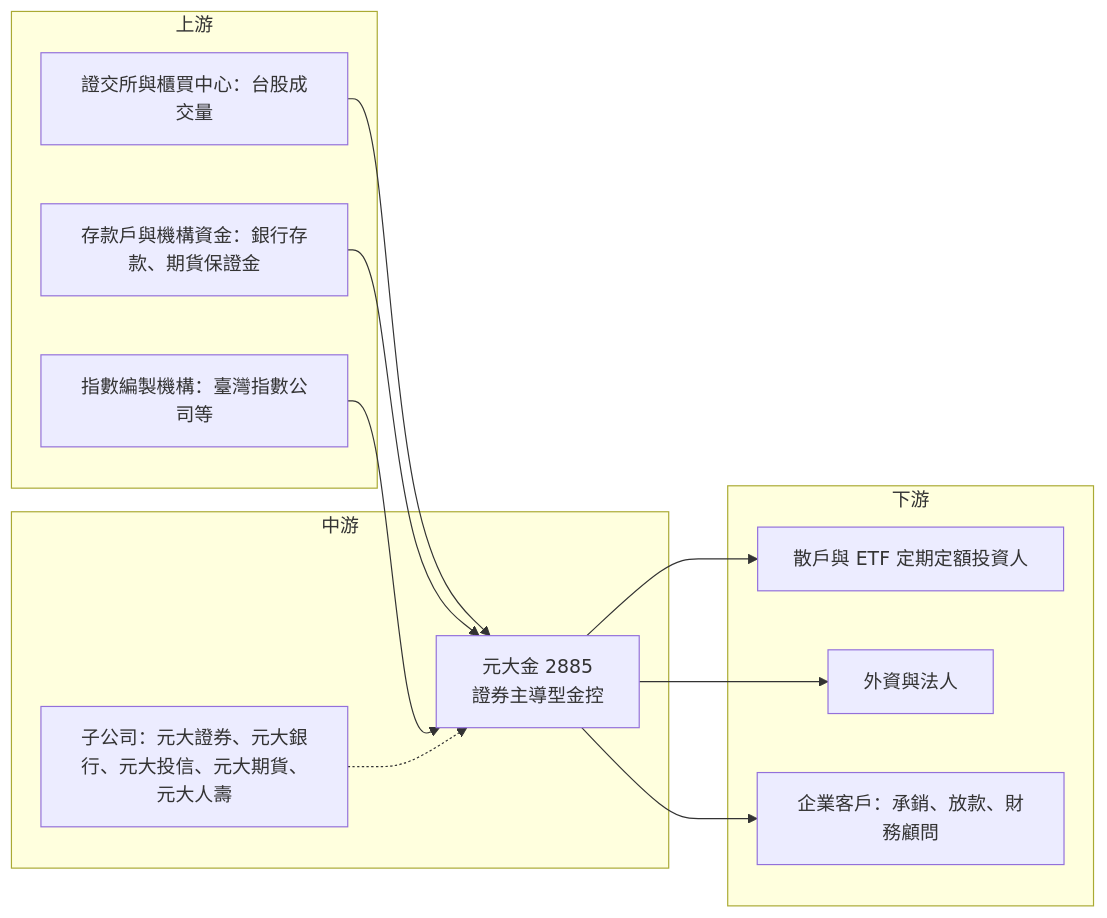
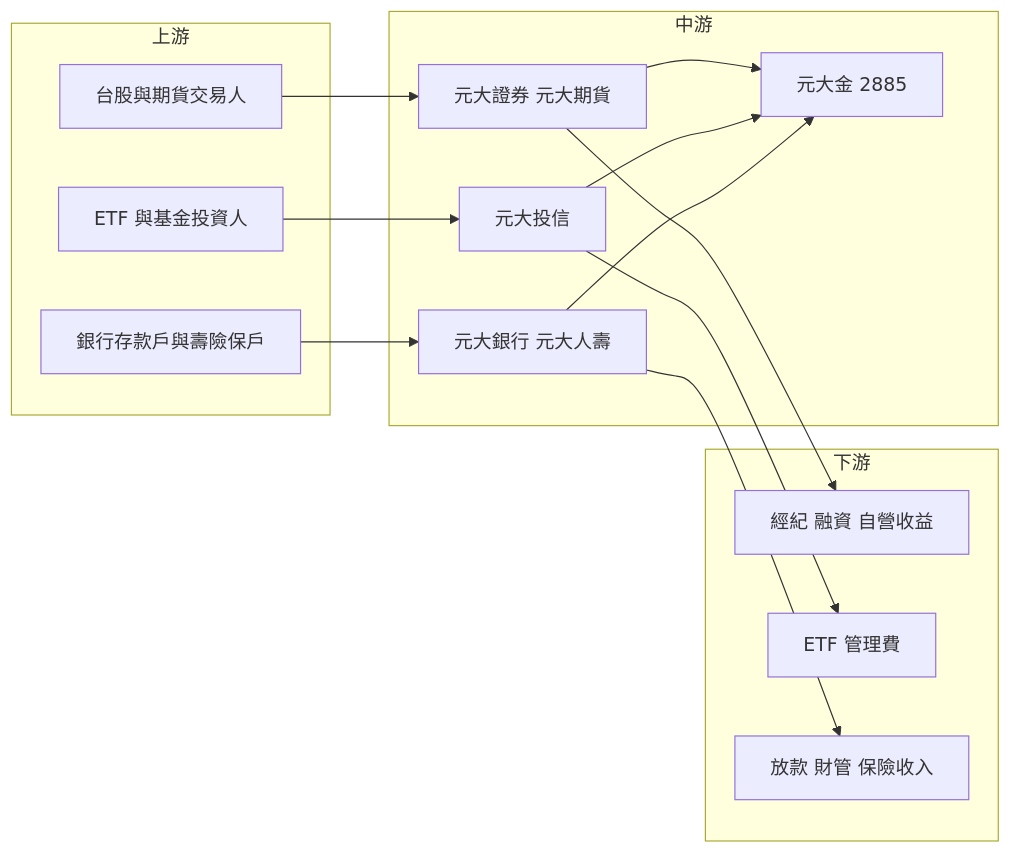
The fourth of 4 diagrams in 個股/台股/2885元大金.md (wangnick1004/taiwan-stock-vault), drawn with Mermaid before and after one commit. The commit also changed other lines of this file and 8 other files, not shown here.

````diff
--- a/個股/台股/2885元大金.md
+++ b/個股/台股/2885元大金.md
@@ -214,24 +239,28 @@
 ```mermaid
 flowchart LR
     subgraph 上游
-        A1[證交所與櫃買中心：台股成交量]
-        A2[存款戶與機構資金：銀行存款、期貨保證金]
-        A3[指數編製機構：臺灣指數公司等]
+        A1[台股與期貨交易人]
+        A2[ETF 與基金投資人]
+        A3[銀行存款戶與壽險保戶]
     end
     subgraph 中游
-        B[元大金 2885<br/>證券主導型金控]
-        B2[子公司：元大證券、元大銀行、元大投信、元大期貨、元大人壽]
+        B[元大金 2885]
+        B1[元大證券 元大期貨]
+        B2[元大投信]
+        B3[元大銀行 元大人壽]
     end
     subgraph 下游
-        C1[散戶與 ETF 定期定額投資人]
-        C2[外資與法人]
-        C3[企業客戶：承銷、放款、財務顧問]
+        C1[經紀 融資 自營收益]
+        C2[ETF 管理費]
+        C3[放款 財管 保險收入]
     end
-    A1 --> B
-    A2 --> B
-    A3 --> B
-    B2 -.-> B
-    B --> C1
-    B --> C2
-    B --> C3
+    A1 --> B1
+    A2 --> B2
+    A3 --> B3
+    B1 --> B
+    B2 --> B
+    B3 --> B
+    B1 --> C1
+    B2 --> C2
+    B3 --> C3
 ```
````
